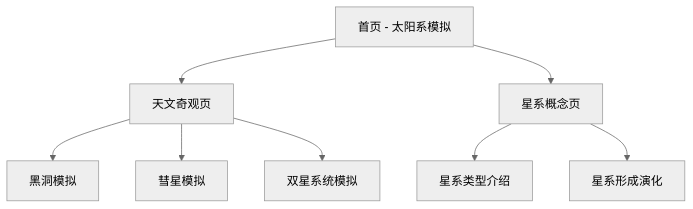
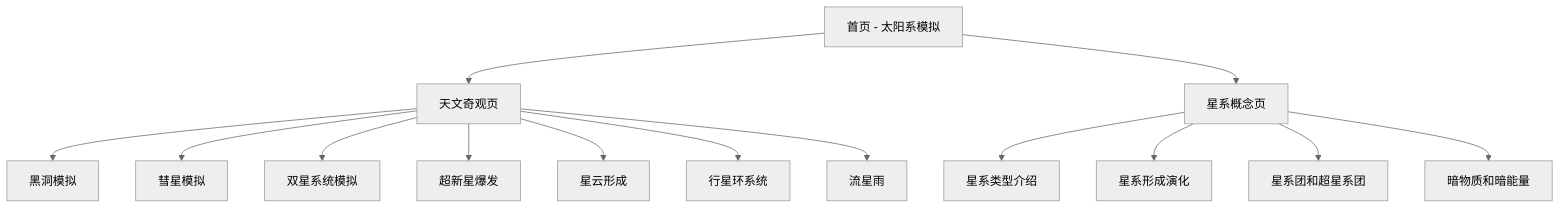
One commit to acupofsoul/tianyi-astro changed the diagram in .trae/documents/spec.md. Above: the diagram before and after it, drawn with Mermaid (neutral theme). The commit also changed other lines of this file and 3 other files, not shown here.

````diff
--- a/.trae/documents/spec.md
+++ b/.trae/documents/spec.md
@@ -35,10 +41,16 @@
 ```mermaid
 graph TD
   A[首页 - 太阳系模拟] --> B[天文奇观页]
   A --> C[星系概念页]
   B --> D[黑洞模拟]
   B --> E[彗星模拟]
   B --> F[双星系统模拟]
-  C --> G[星系类型介绍]
-  C --> H[星系形成演化]
+  B --> G[超新星爆发]
+  B --> H[星云形成]
+  B --> I[行星环系统]
+  B --> J[流星雨]
+  C --> K[星系类型介绍]
+  C --> L[星系形成演化]
+  C --> M[星系团和超星系团]
+  C --> N[暗物质和暗能量]
 ```
````
